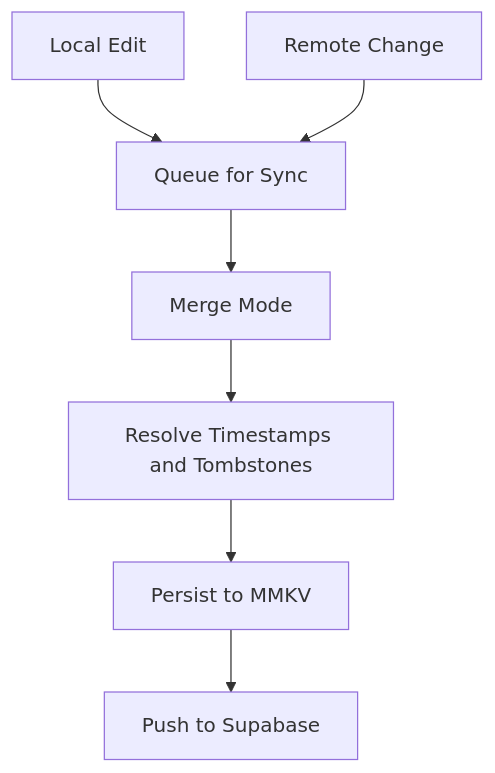
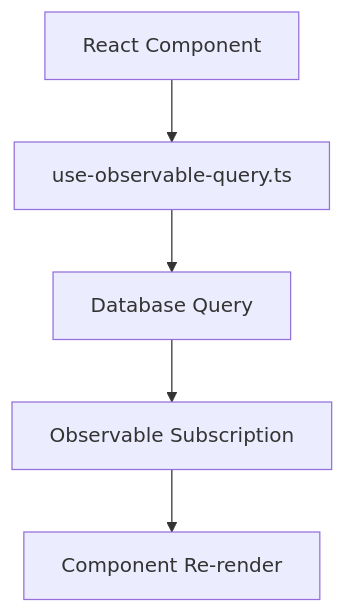
Before and after one commit to karllasouzza/PowerLists: the sixth of 11 diagrams in .qoder/repowiki/en/content/State Management Architecture/Local Persistence with MMKV.md, drawn with Mermaid. The commit also changed other lines of this file and 5 other files, not shown here.

````diff
--- a/.qoder/repowiki/en/content/State Management Architecture/Local Persistence with MMKV.md
+++ b/.qoder/repowiki/en/content/State Management Architecture/Local Persistence with MMKV.md
@@ -294,9 +237,7 @@
 ```mermaid
 flowchart TD
-LocalEdit["Local Edit"] --> Queue["Queue for Sync"]
-RemoteChange["Remote Change"] --> Queue
-Queue --> Merge["Merge Mode"]
-Merge --> Resolve["Resolve Timestamps and Tombstones"]
-Resolve --> Persist["Persist to MMKV"]
-Persist --> Push["Push to Supabase"]
+Component["React Component"] --> Hook["use-observable-query.ts"]
+Hook --> Query["Database Query"]
+Query --> Observable["Observable Subscription"]
+Observable --> ComponentUpdate["Component Re-render"]
 ```
````
